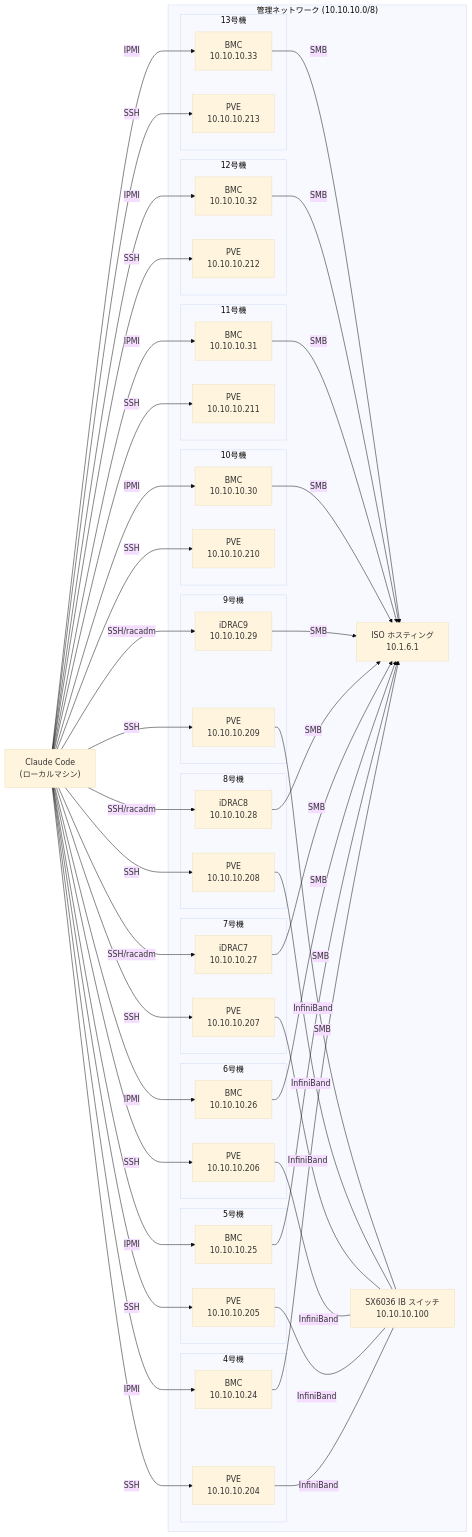
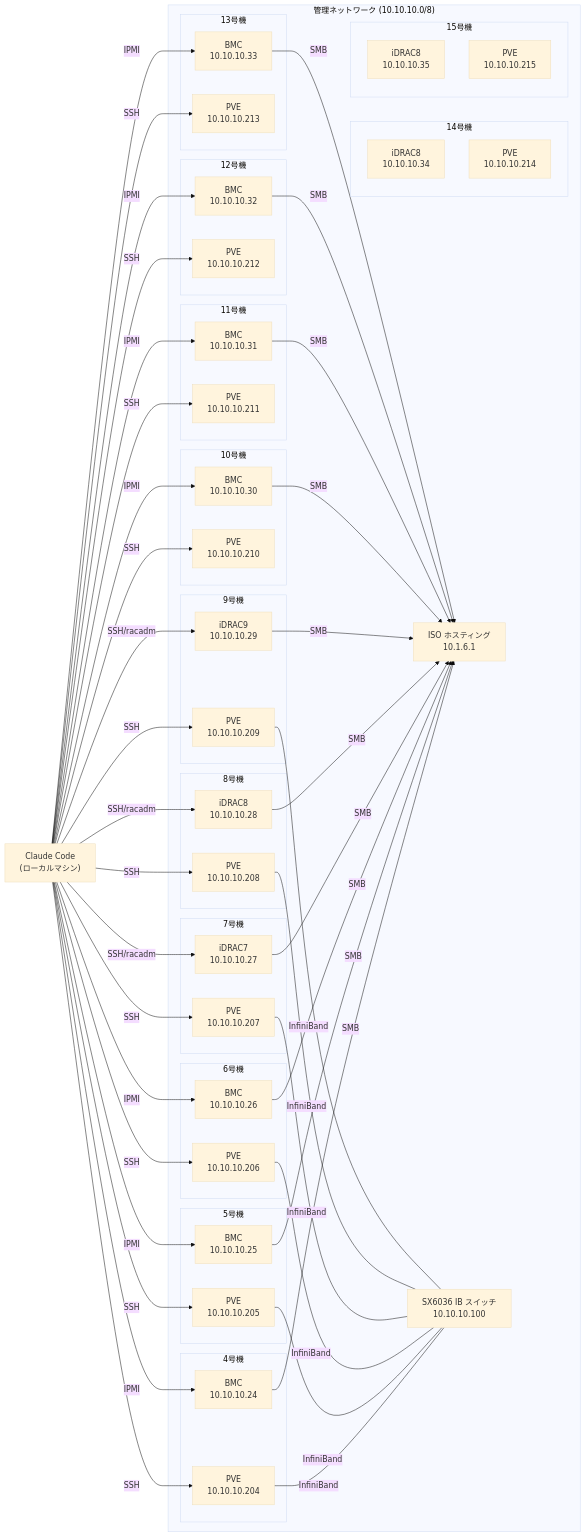
Before and after one commit to miminashi/pvese: the diagram in README.md, drawn with Mermaid (base theme). The commit also changed other lines of this file and 7 other files, not shown here.

```diff
--- a/README.md
+++ b/README.md
@@ -213,6 +216,14 @@
             BMC13["BMC<br/>10.10.10.33"]
             PVE13["PVE<br/>10.10.10.213"]
         end
+        subgraph srv14["14号機"]
+            iDRAC14["iDRAC8<br/>10.10.10.34"]
+            PVE14["PVE<br/>10.10.10.214"]
+        end
+        subgraph srv15["15号機"]
+            iDRAC15["iDRAC8<br/>10.10.10.35"]
+            PVE15["PVE<br/>10.10.10.215"]
+        end
         SMB["ISO ホスティング<br/>10.1.6.1"]
         IB["SX6036 IB スイッチ<br/>10.10.10.100"]
     end
```
